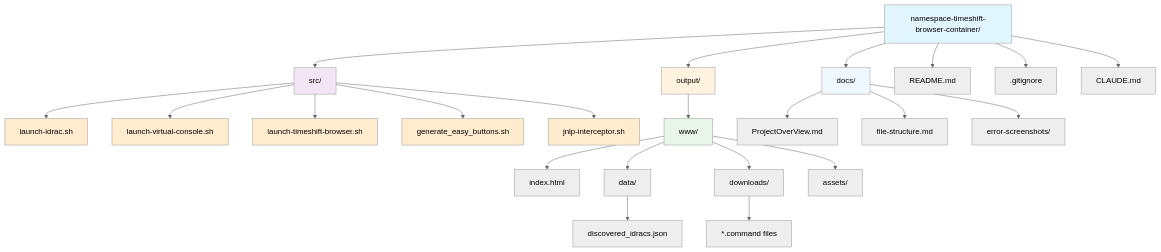
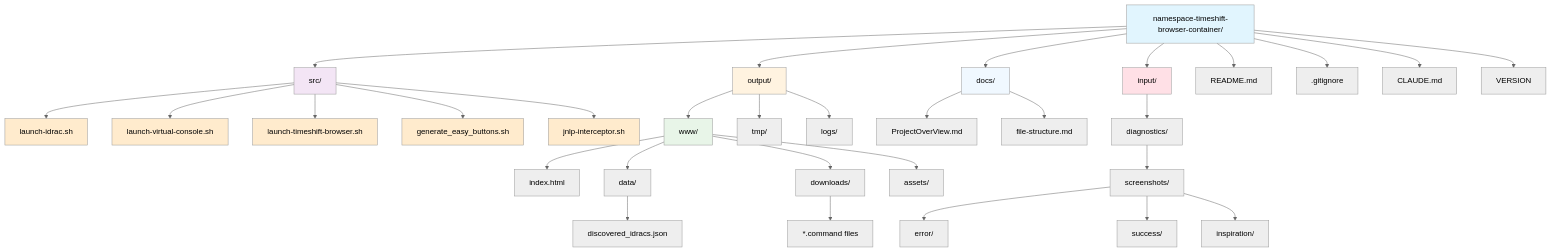
Before and after one commit to notdabob/namespace-timeshift-browser-container: the diagram in docs/file-structure.md, drawn with Mermaid (neutral theme). The commit also changed other lines of this file and 9 other files, not shown here.

````diff
--- a/docs/file-structure.md
+++ b/docs/file-structure.md
@@ -3,39 +3,49 @@
 ```mermaid
 graph TD
     A[namespace-timeshift-browser-container/] --> B[src/]
     A --> C[output/]
     A --> D[docs/]
-    A --> E[README.md]
-    A --> F[.gitignore]
-    A --> G[CLAUDE.md]
+    A --> E[input/]
+    A --> F[README.md]
+    A --> G[.gitignore]
+    A --> H[CLAUDE.md]
+    A --> I[VERSION]
 
-    B --> H[launch-idrac.sh]
-    B --> I[launch-virtual-console.sh]
-    B --> J[launch-timeshift-browser.sh]
-    B --> K[generate_easy_buttons.sh]
-    B --> L[jnlp-interceptor.sh]
+    B --> J[launch-idrac.sh]
+    B --> K[launch-virtual-console.sh]
+    B --> L[launch-timeshift-browser.sh]
+    B --> M[generate_easy_buttons.sh]
+    B --> N[jnlp-interceptor.sh]
 
-    C --> M[www/]
-    M --> N[index.html]
-    M --> O[data/]
-    M --> P[downloads/]
-    M --> Q[assets/]
+    C --> O[www/]
+    C --> P[tmp/]
+    C --> Q[logs/]
+    O --> R[index.html]
+    O --> S[data/]
+    O --> T[downloads/]
+    O --> U[assets/]
 
-    O --> R[discovered_idracs.json]
-    P --> S[*.command files]
+    S --> V[discovered_idracs.json]
+    T --> W[*.command files]
 
-    D --> T[ProjectOverView.md]
-    D --> U[file-structure.md]
-    D --> V[error-screenshots/]
+    D --> X[ProjectOverView.md]
+    D --> Y[file-structure.md]
+
+    E --> Z[diagnostics/]
+    Z --> AA[screenshots/]
+    AA --> BB[error/]
+    AA --> CC[success/]
+    AA --> DD[inspiration/]
 
     style A fill:#e1f5fe
     style B fill:#f3e5f5
     style C fill:#fff3e0
-    style M fill:#e8f5e8
     style D fill:#f0f8ff
-    style H fill:#ffebcd
-    style I fill:#ffebcd
+    style E fill:#ffe0e6
+    style O fill:#e8f5e8
     style J fill:#ffebcd
     style K fill:#ffebcd
     style L fill:#ffebcd
+    style M fill:#ffebcd
+    style N fill:#ffebcd
 ```
````
